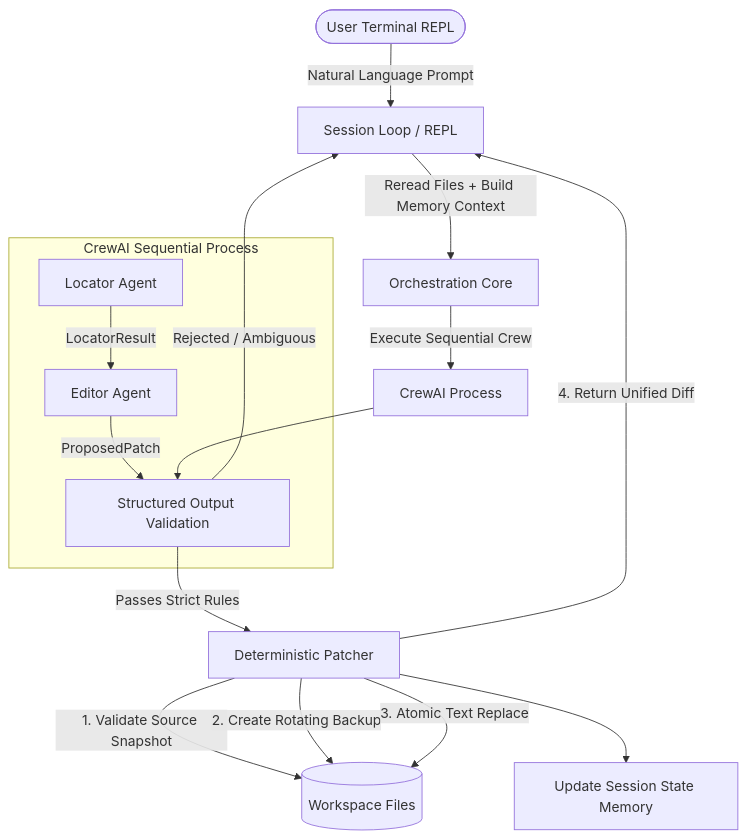
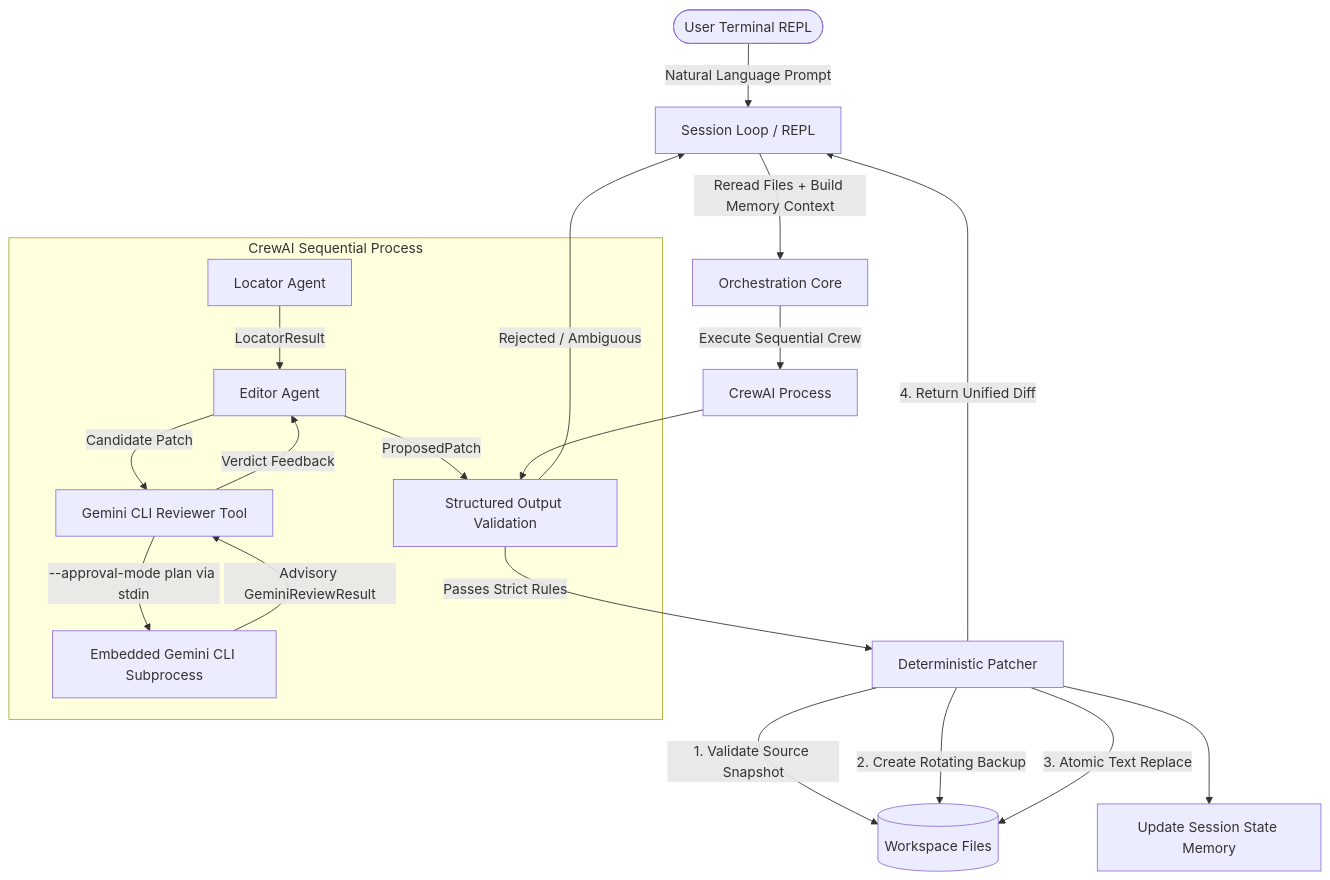
Before and after one commit to NaimurRahmannn/AI-Agent-Webpage-editor: the diagram in web/README.md, drawn with Mermaid. The commit also changed other lines of this file and 9 other files, not shown here.

Commit message:
feat: integrate Gemini CLI as read-only patch reviewer

````diff
--- a/web/README.md
+++ b/web/README.md
@@ -61,21 +65,25 @@
 ```mermaid
 flowchart TD
     User([User Terminal REPL]) -->|Natural Language Prompt| Session[Session Loop / REPL]
     Session -->|Reread Files + Build Memory Context| Orchestration[Orchestration Core]
     Orchestration -->|Execute Sequential Crew| Crew[CrewAI Process]
     
     subgraph CrewAI Sequential Process
         Locator[Locator Agent] -->|LocatorResult| Editor[Editor Agent]
+        Editor -->|Candidate Patch| GeminiTool[Gemini CLI Reviewer Tool]
+        GeminiTool -->|--approval-mode plan via stdin| GeminiCLI[Embedded Gemini CLI Subprocess]
+        GeminiCLI -->|Advisory GeminiReviewResult| GeminiTool
+        GeminiTool -->|Verdict Feedback| Editor
         Editor -->|ProposedPatch| Validation[Structured Output Validation]
     end
 
     Crew --> Validation
     Validation -->|Passes Strict Rules| Patcher[Deterministic Patcher]
     Validation -->|Rejected / Ambiguous| Session
     
     Patcher -->|1. Validate Source Snapshot| Disk[(Workspace Files)]
     Patcher -->|2. Create Rotating Backup| Disk
     Patcher -->|3. Atomic Text Replace| Disk
     Patcher -->|4. Return Unified Diff| Session
     Patcher --> RecordMemory[Update Session State Memory]
 ```
````
